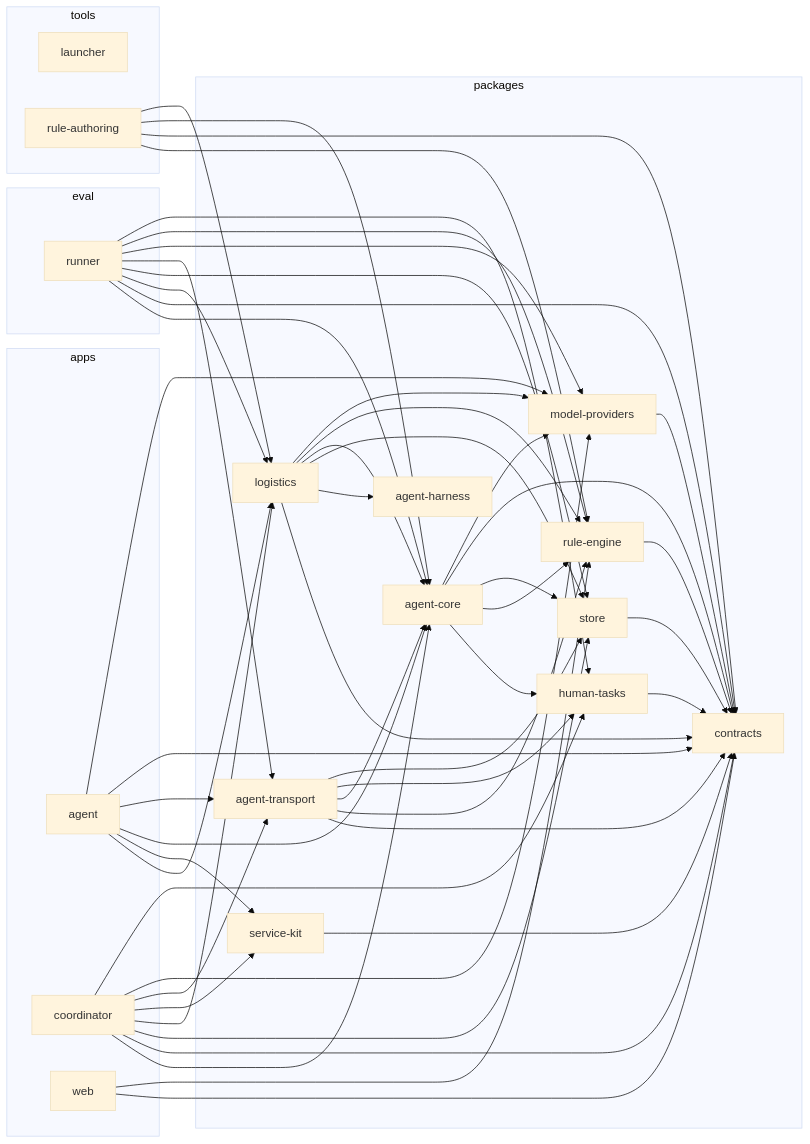
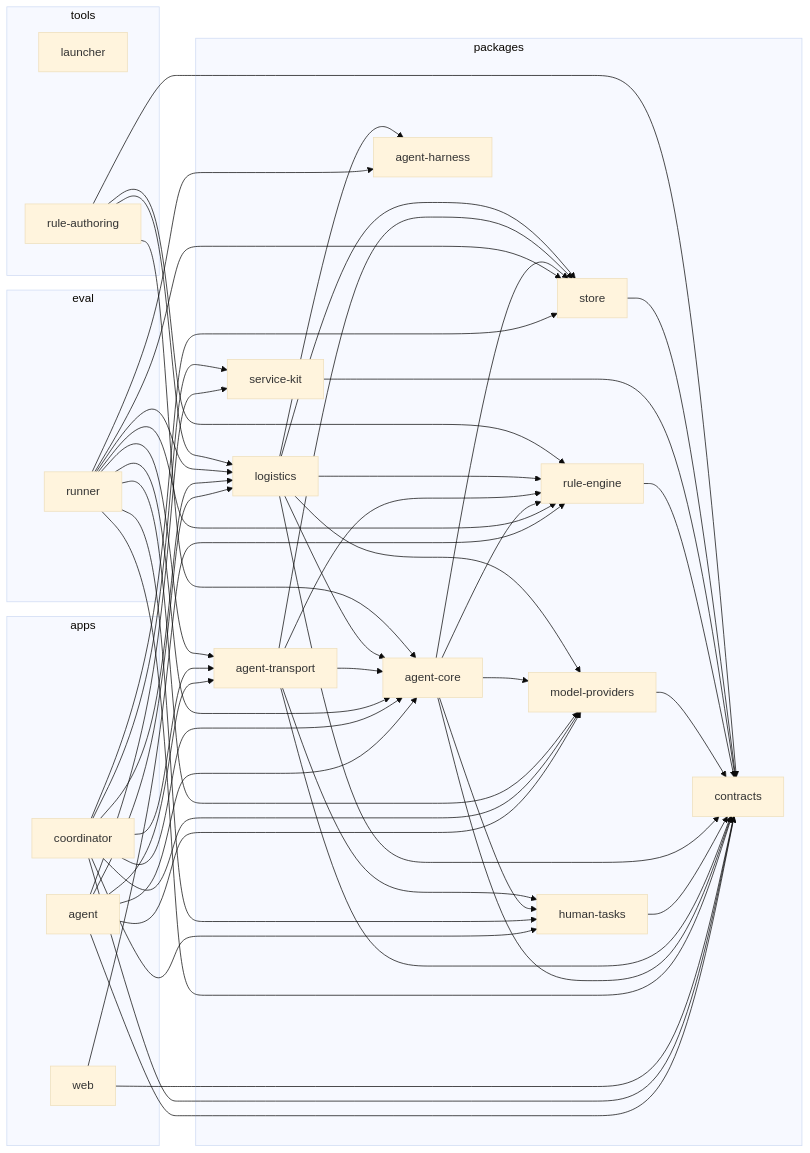
The diagram in docs/architecture-graph.md (ClydeShen/durable-jev), drawn with Mermaid (base theme) before and after one commit. The commit also changed 11 other files, not shown here.

````diff
--- a/docs/architecture-graph.md
+++ b/docs/architecture-graph.md
@@ -7,77 +7,78 @@
 ```mermaid
 flowchart LR
 
 subgraph 0["apps"]
 1["agent"]
 2["coordinator"]
 3["web"]
 end
 subgraph 4["eval"]
 5["runner"]
 end
 subgraph 6["packages"]
 7["agent-core"]
 8["agent-harness"]
 9["agent-transport"]
 A["contracts"]
 B["human-tasks"]
 C["logistics"]
 D["model-providers"]
 E["rule-engine"]
 F["service-kit"]
 G["store"]
 end
 subgraph H["tools"]
 I["launcher"]
 J["rule-authoring"]
 end
 1-->C
 1-->F
 1-->7
 1-->9
 1-->A
 1-->D
 2-->7
 2-->A
 2-->G
 2-->C
 2-->F
 2-->9
 2-->D
 2-->B
 3-->A
 3-->E
 5-->7
+5-->8
 5-->A
 5-->C
 5-->G
 5-->9
 5-->D
 5-->E
 5-->B
 7-->B
 7-->E
 7-->G
 7-->A
 7-->D
 9-->A
 9-->E
 9-->7
 9-->B
 9-->G
 B-->A
 C-->A
 C-->8
 C-->G
 C-->7
 C-->E
 C-->D
 D-->A
 E-->A
 F-->A
 G-->A
 J-->E
 J-->A
 J-->7
 J-->C
 ```
````
